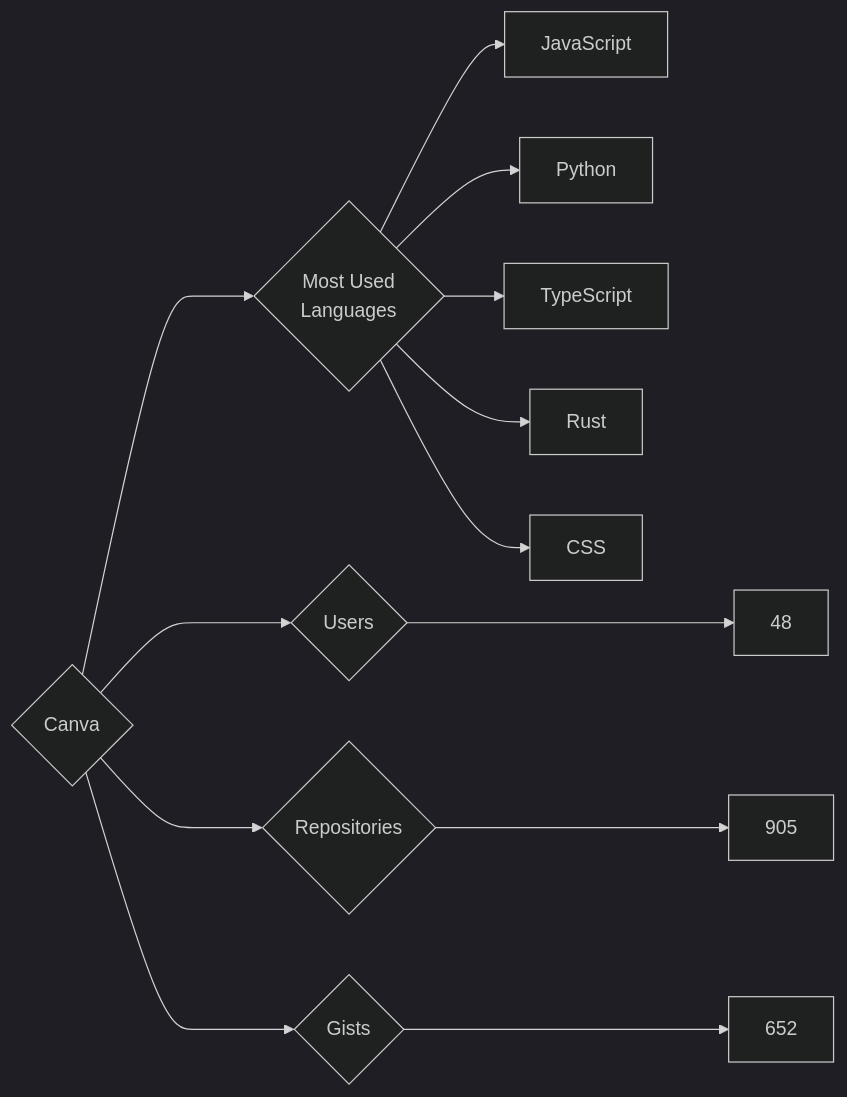
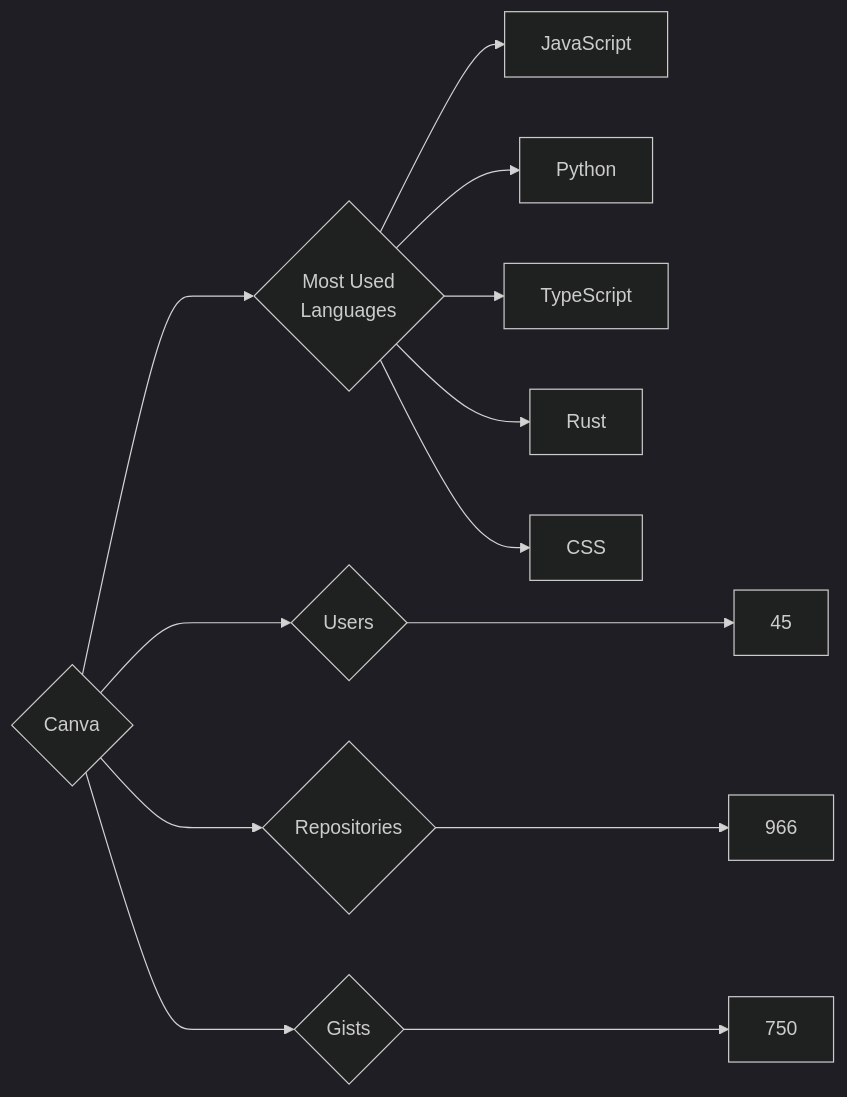
Before and after one commit to trickest/insiders: the diagram in targets/Canva/README.md, drawn with Mermaid (dark theme). The commit also changed 860 other files, not shown here.

````diff
--- a/targets/Canva/README.md
+++ b/targets/Canva/README.md
@@ -3,13 +3,13 @@
 ```mermaid
 graph LR
 COMPANY_NAME{Canva}
-COMPANY_NAME ---> U{Users} ---> UN[48]
-COMPANY_NAME ---> R{Repositories} ---> RN[905]
-COMPANY_NAME ---> G{Gists} ---> GN[652]
+COMPANY_NAME ---> U{Users} ---> UN[45]
+COMPANY_NAME ---> R{Repositories} ---> RN[966]
+COMPANY_NAME ---> G{Gists} ---> GN[750]
 COMPANY_NAME ---> ML{Most Used<br>Languages}
 ML --> JavaScript[JavaScript]
 ML --> Python[Python]
 ML --> TypeScript[TypeScript]
 ML --> Rust[Rust]
 ML --> CSS[CSS]
 ```
````
